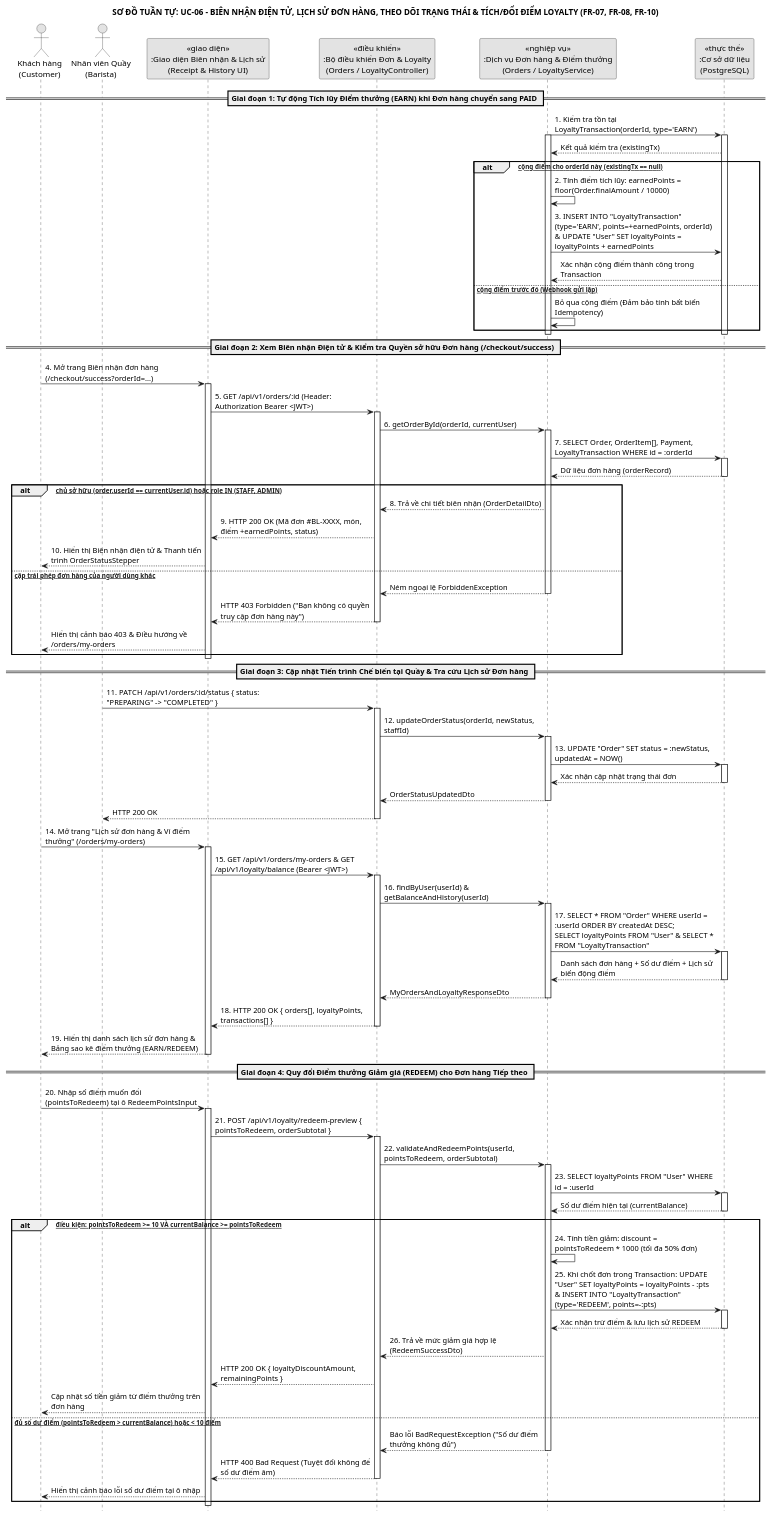
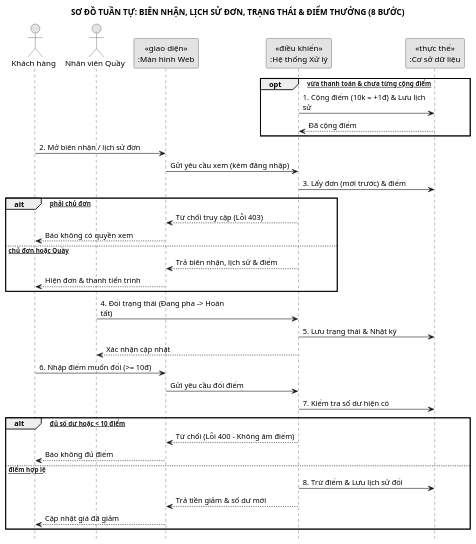
One commit to SamuiSang/brewlite2 changed the diagram in docs/diagrams/sequence-06-history-loyalty.puml. Above: the diagram before and after it, drawn with PlantUML. The commit also changed 10 other files, not shown here.

Commit message:
docs(diagrams): refine UC-06, activity, sequence diagrams and sync ADR-006 specs

```diff
--- a/docs/diagrams/sequence-06-history-loyalty.puml
+++ b/docs/diagrams/sequence-06-history-loyalty.puml
@@ -1,123 +1,54 @@
 @startuml sequence-06-history-loyalty
 skinparam monochrome true
 skinparam shadowing false
 skinparam backgroundColor white
 skinparam defaultFontName "Segoe UI", "Arial", sans-serif
 
 hide footbox
 skinparam sequenceMessageAlign left
 skinparam responseMessageBelowArrow true
-skinparam maxMessageSize 280
+skinparam maxMessageSize 220
 
-title SƠ ĐỒ TUẦN TỰ: UC-06 – BIÊN NHẬN ĐIỆN TỬ, LỊCH SỬ ĐƠN HÀNG, THEO DÕI TRẠNG THÁI & TÍCH/ĐỔI ĐIỂM LOYALTY (FR-07, FR-08, FR-10)
+title SƠ ĐỒ TUẦN TỰ: BIÊN NHẬN, LỊCH SỬ ĐƠN, TRẠNG THÁI & ĐIỂM THƯỞNG (8 BƯỚC)
 
-actor "Khách hàng\n(Customer)" as Customer
-actor "Nhân viên Quầy\n(Barista)" as Barista
-participant "«giao diện»\n:Giao diện Biên nhận & Lịch sử\n(Receipt & History UI)" as UI
-participant "«điều khiển»\n:Bộ điều khiển Đơn & Loyalty\n(Orders / LoyaltyController)" as Controller
-participant "«nghiệp vụ»\n:Dịch vụ Đơn hàng & Điểm thưởng\n(Orders / LoyaltyService)" as Service
-participant "«thực thể»\n:Cơ sở dữ liệu\n(PostgreSQL)" as DB
+actor "Khách hàng" as Customer
+actor "Nhân viên Quầy" as Barista
+participant "«giao diện»\n:Màn hình Web" as UI
+participant "«điều khiển»\n:Hệ thống Xử lý" as API
+participant "«thực thể»\n:Cơ sở dữ liệu" as DB
 
-== Giai đoạn 1: Tự động Tích lũy Điểm thưởng (EARN) khi Đơn hàng chuyển sang PAID ==
-Service -> DB: 1. Kiểm tra tồn tại LoyaltyTransaction(orderId, type='EARN')
-activate Service
-activate DB
-DB --> Service: Kết quả kiểm tra (existingTx)
+opt [Đơn vừa thanh toán & chưa từng cộng điểm]
+    API -> DB: 1. Cộng điểm (10k = +1đ) & Lưu lịch sử
+    DB --> API: Đã cộng điểm
+end
 
-alt [Chưa cộng điểm cho orderId này (existingTx == null)]
-    Service -> Service: 2. Tính điểm tích lũy: earnedPoints = floor(Order.finalAmount / 10000)
-    Service -> DB: 3. INSERT INTO "LoyaltyTransaction" (type='EARN', points=+earnedPoints, orderId)\n& UPDATE "User" SET loyaltyPoints = loyaltyPoints + earnedPoints
-    DB --> Service: Xác nhận cộng điểm thành công trong Transaction
-else [Đã cộng điểm trước đó (Webhook gửi lặp)]
-    Service -> Service: Bỏ qua cộng điểm (Đảm bảo tính bất biến Idempotency)
+Customer -> UI: 2. Mở biên nhận / lịch sử đơn
+UI -> API: Gửi yêu cầu xem (kèm đăng nhập)
+API -> DB: 3. Lấy đơn (mới trước) & điểm
+
+alt [Không phải chủ đơn]
+    API --> UI: Từ chối truy cập (Lỗi 403)
+    UI --> Customer: Báo không có quyền xem
+else [Đúng chủ đơn hoặc Quầy]
+    API --> UI: Trả biên nhận, lịch sử & điểm
+    UI --> Customer: Hiện đơn & thanh tiến trình
 end
-deactivate DB
-deactivate Service
 
-== Giai đoạn 2: Xem Biên nhận Điện tử & Kiểm tra Quyền sở hữu Đơn hàng (/checkout/success) ==
-Customer -> UI: 4. Mở trang Biên nhận đơn hàng (/checkout/success?orderId=...)
-activate UI
-UI -> Controller: 5. GET /api/v1/orders/:id (Header: Authorization Bearer <JWT>)
-activate Controller
-Controller -> Service: 6. getOrderById(orderId, currentUser)
-activate Service
-Service -> DB: 7. SELECT Order, OrderItem[], Payment, LoyaltyTransaction WHERE id = :orderId
-activate DB
-DB --> Service: Dữ liệu đơn hàng (orderRecord)
-deactivate DB
+Barista -> API: 4. Đổi trạng thái (Đang pha -> Hoàn tất)
+API -> DB: 5. Lưu trạng thái & Nhật ký
+API --> Barista: Xác nhận cập nhật
 
-alt [Đúng chủ sở hữu (order.userId == currentUser.id) hoặc role IN (STAFF, ADMIN)]
-    Service --> Controller: 8. Trả về chi tiết biên nhận (OrderDetailDto)
-    Controller --> UI: 9. HTTP 200 OK (Mã đơn #BL-XXXX, món, điểm +earnedPoints, status)
-    UI --> Customer: 10. Hiển thị Biên nhận điện tử & Thanh tiến trình OrderStatusStepper
-else [Truy cập trái phép đơn hàng của người dùng khác]
-    Service --> Controller: Ném ngoại lệ ForbiddenException
-    deactivate Service
-    Controller --> UI: HTTP 403 Forbidden ("Bạn không có quyền truy cập đơn hàng này")
-    deactivate Controller
-    UI --> Customer: Hiển thị cảnh báo 403 & Điều hướng về /orders/my-orders
+Customer -> UI: 6. Nhập điểm muốn đổi (>= 10đ)
+UI -> API: Gửi yêu cầu đổi điểm
+API -> DB: 7. Kiểm tra số dư hiện có
+
+alt [Không đủ số dư hoặc < 10 điểm]
+    API --> UI: Từ chối (Lỗi 400 - Không âm điểm)
+    UI --> Customer: Báo không đủ điểm
+else [Đủ điểm hợp lệ]
+    API -> DB: 8. Trừ điểm & Lưu lịch sử đổi
+    API --> UI: Trả tiền giảm & số dư mới
+    UI --> Customer: Cập nhật giá đã giảm
 end
-deactivate UI
-
-== Giai đoạn 3: Cập nhật Tiến trình Chế biến tại Quầy & Tra cứu Lịch sử Đơn hàng ==
-Barista -> Controller: 11. PATCH /api/v1/orders/:id/status { status: "PREPARING" -> "COMPLETED" }
-activate Controller
-Controller -> Service: 12. updateOrderStatus(orderId, newStatus, staffId)
-activate Service
-Service -> DB: 13. UPDATE "Order" SET status = :newStatus, updatedAt = NOW()
-activate DB
-DB --> Service: Xác nhận cập nhật trạng thái đơn
-deactivate DB
-Service --> Controller: OrderStatusUpdatedDto
-deactivate Service
-Controller --> Barista: HTTP 200 OK
-deactivate Controller
-
-Customer -> UI: 14. Mở trang "Lịch sử đơn hàng & Ví điểm thưởng" (/orders/my-orders)
-activate UI
-UI -> Controller: 15. GET /api/v1/orders/my-orders & GET /api/v1/loyalty/balance (Bearer <JWT>)
-activate Controller
-Controller -> Service: 16. findByUser(userId) & getBalanceAndHistory(userId)
-activate Service
-Service -> DB: 17. SELECT * FROM "Order" WHERE userId = :userId ORDER BY createdAt DESC;\nSELECT loyaltyPoints FROM "User" & SELECT * FROM "LoyaltyTransaction"
-activate DB
-DB --> Service: Danh sách đơn hàng + Số dư điểm + Lịch sử biến động điểm
-deactivate DB
-Service --> Controller: MyOrdersAndLoyaltyResponseDto
-deactivate Service
-Controller --> UI: 18. HTTP 200 OK { orders[], loyaltyPoints, transactions[] }
-deactivate Controller
-UI --> Customer: 19. Hiển thị danh sách lịch sử đơn hàng & Bảng sao kê điểm thưởng (EARN/REDEEM)
-deactivate UI
-
-== Giai đoạn 4: Quy đổi Điểm thưởng Giảm giá (REDEEM) cho Đơn hàng Tiếp theo ==
-Customer -> UI: 20. Nhập số điểm muốn đổi (pointsToRedeem) tại ô RedeemPointsInput
-activate UI
-UI -> Controller: 21. POST /api/v1/loyalty/redeem-preview { pointsToRedeem, orderSubtotal }
-activate Controller
-Controller -> Service: 22. validateAndRedeemPoints(userId, pointsToRedeem, orderSubtotal)
-activate Service
-Service -> DB: 23. SELECT loyaltyPoints FROM "User" WHERE id = :userId
-activate DB
-DB --> Service: Số dư điểm hiện tại (currentBalance)
-deactivate DB
-
-alt [Đủ điều kiện: pointsToRedeem >= 10 VÀ currentBalance >= pointsToRedeem]
-    Service -> Service: 24. Tính tiền giảm: discount = pointsToRedeem * 1000 (tối đa 50% đơn)
-    Service -> DB: 25. Khi chốt đơn trong Transaction: UPDATE "User" SET loyaltyPoints = loyaltyPoints - :pts\n& INSERT INTO "LoyaltyTransaction" (type='REDEEM', points=-:pts)
-    activate DB
-    DB --> Service: Xác nhận trừ điểm & lưu lịch sử REDEEM
-    deactivate DB
-    Service --> Controller: 26. Trả về mức giảm giá hợp lệ (RedeemSuccessDto)
-    Controller --> UI: HTTP 200 OK { loyaltyDiscountAmount, remainingPoints }
-    UI --> Customer: Cập nhật số tiền giảm từ điểm thưởng trên đơn hàng
-else [Không đủ số dư điểm (pointsToRedeem > currentBalance) hoặc < 10 điểm]
-    Service --> Controller: Báo lỗi BadRequestException ("Số dư điểm thưởng không đủ")
-    deactivate Service
-    Controller --> UI: HTTP 400 Bad Request (Tuyệt đối không để số dư điểm âm)
-    deactivate Controller
-    UI --> Customer: Hiển thị cảnh báo lỗi số dư điểm tại ô nhập
-end
-deactivate UI
 
 @enduml
```
